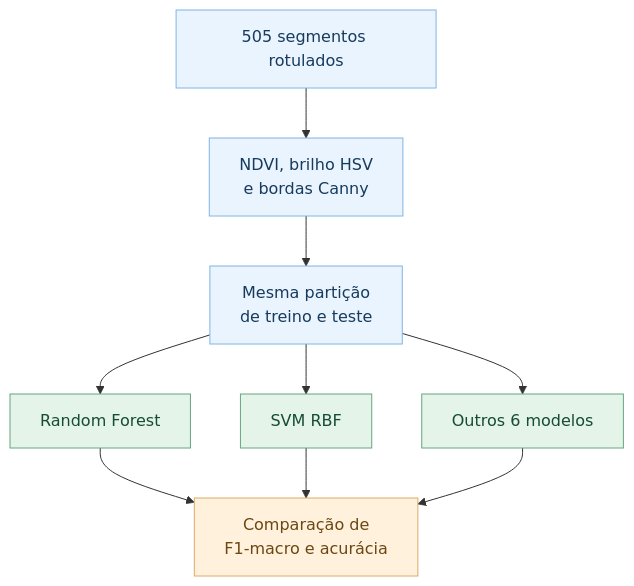
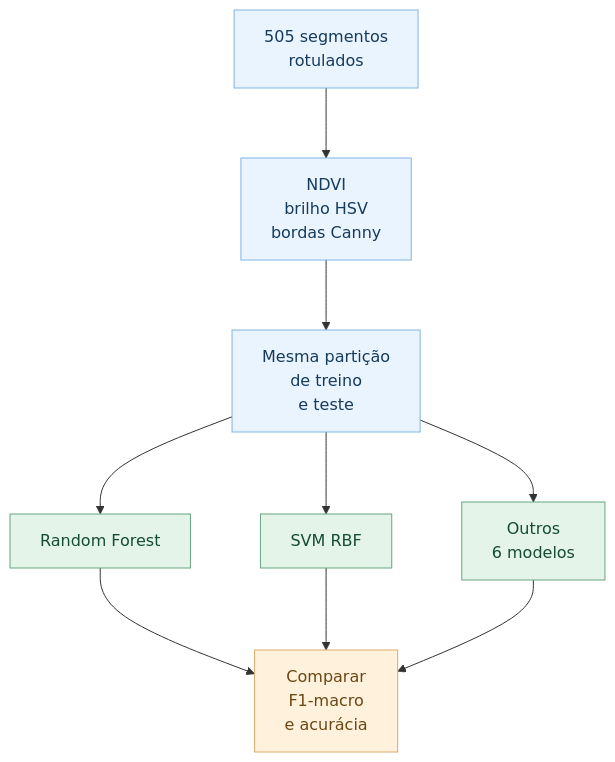
Before and after one commit to BrenoBragaGalvao/mestrado-arvores-urbanas: the fifth of 5 diagrams in README.md, drawn with Mermaid. The commit also changed other lines of this file, not shown here.

Commit message:
fix(readme): restore legibility of three Mermaid diagrams without changing colors

````diff
--- a/README.md
+++ b/README.md
@@ -395,18 +397,19 @@
 ```mermaid
+%%{init: {"flowchart": {"nodeSpacing": 70, "rankSpacing": 70, "htmlLabels": false}, "themeVariables": {"fontFamily": "Arial, sans-serif", "fontSize": "16px"}}}%%
 flowchart TD
-    A["505 segmentos rotulados"] --> B["NDVI, brilho HSV<br/>e bordas Canny"]
-    B --> C["Mesma partição<br/>de treino e teste"]
+    A["505 segmentos<br/>rotulados"] --> B["NDVI<br/>brilho HSV<br/>bordas Canny"]
+    B --> C["Mesma partição<br/>de treino<br/>e teste"]
     C --> D["Random Forest"]
     C --> E["SVM RBF"]
-    C --> F["Outros 6 modelos"]
-    D --> G["Comparação de<br/>F1-macro e acurácia"]
+    C --> F["Outros<br/>6 modelos"]
+    D --> G["Comparar<br/>F1-macro<br/>e acurácia"]
     E --> G
     F --> G
 
     classDef dados fill:#eaf4ff,stroke:#80b4e2,color:#163b5d;
     classDef metodo fill:#e4f4e8,stroke:#67a681,color:#164b35;
     classDef resultado fill:#fff1db,stroke:#dcab68,color:#6b4714;
     class A,B,C dados;
     class D,E,F metodo;
     class G resultado;
 ```
````
